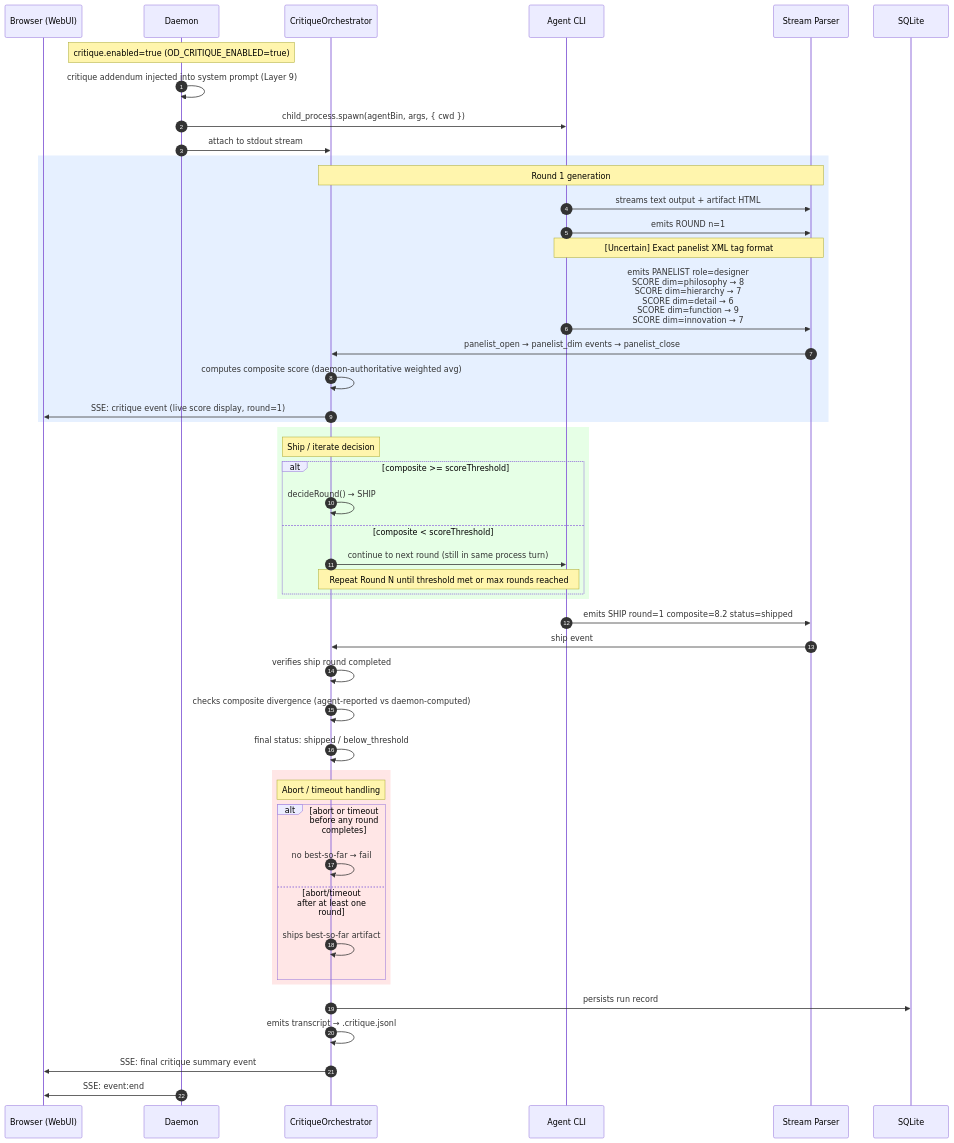
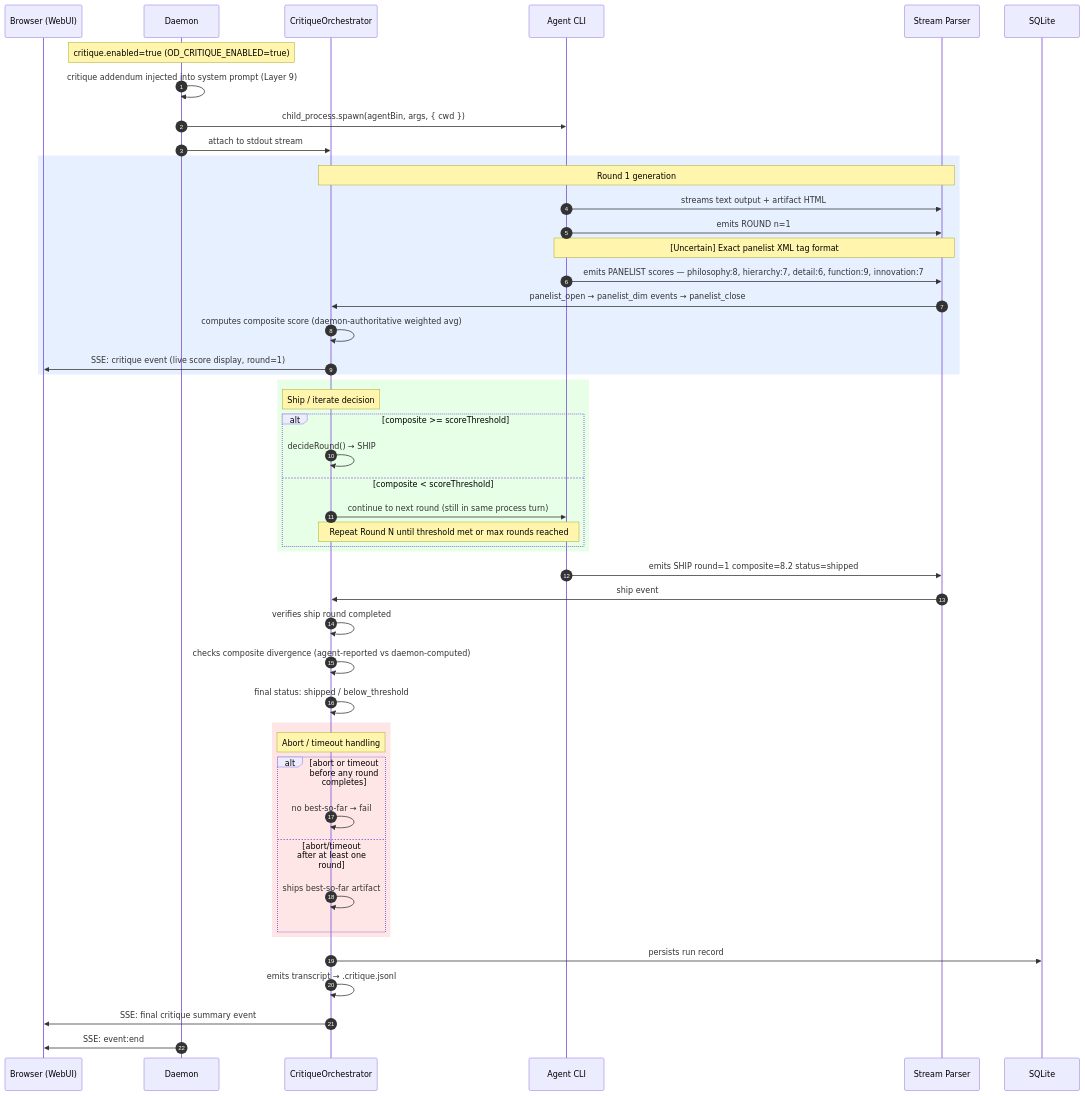
One commit to MinhTuan2405/opendesign_exploration changed the diagram in backend/open-design-sd-07-critique-theater.mmd. Above: the diagram before and after it, drawn with Mermaid. The commit also changed 17 other files, not shown here.

```diff
--- a/backend/open-design-sd-07-critique-theater.mmd
+++ b/backend/open-design-sd-07-critique-theater.mmd
@@ -1,56 +1,56 @@
 sequenceDiagram
     autonumber
     participant Browser as Browser (WebUI)
     participant Daemon
     participant CritiqueOrch as CritiqueOrchestrator
     participant AgentCLI as Agent CLI
     participant Parser as Stream Parser
     participant SQLite
 
     Note over Daemon: critique.enabled=true (OD_CRITIQUE_ENABLED=true)
     Daemon->>Daemon: critique addendum injected into system prompt (Layer 9)
     Daemon->>AgentCLI: child_process.spawn(agentBin, args, { cwd })
     Daemon->>CritiqueOrch: attach to stdout stream
 
     rect rgb(230, 240, 255)
         Note over CritiqueOrch,Parser: Round 1 generation
         AgentCLI->>Parser: streams text output + artifact HTML
         AgentCLI->>Parser: emits ROUND n=1
 
         Note over AgentCLI,Parser: [Uncertain] Exact panelist XML tag format
-        AgentCLI->>Parser: emits PANELIST role=designer<br/>  SCORE dim=philosophy → 8<br/>  SCORE dim=hierarchy → 7<br/>  SCORE dim=detail → 6<br/>  SCORE dim=function → 9<br/>  SCORE dim=innovation → 7
+        AgentCLI->>Parser: emits PANELIST scores — philosophy:8, hierarchy:7, detail:6, function:9, innovation:7
 
         Parser->>CritiqueOrch: panelist_open → panelist_dim events → panelist_close
         CritiqueOrch->>CritiqueOrch: computes composite score (daemon-authoritative weighted avg)
         CritiqueOrch->>Browser: SSE: critique event (live score display, round=1)
     end
 
     rect rgb(230, 255, 230)
         Note over CritiqueOrch: Ship / iterate decision
         alt composite >= scoreThreshold
             CritiqueOrch->>CritiqueOrch: decideRound() → SHIP
         else composite < scoreThreshold
             CritiqueOrch->>AgentCLI: continue to next round (still in same process turn)
             Note over AgentCLI,CritiqueOrch: Repeat Round N until threshold met or max rounds reached
         end
     end
 
     AgentCLI->>Parser: emits SHIP round=1 composite=8.2 status=shipped
     Parser->>CritiqueOrch: ship event
     CritiqueOrch->>CritiqueOrch: verifies ship round completed
     CritiqueOrch->>CritiqueOrch: checks composite divergence (agent-reported vs daemon-computed)
     CritiqueOrch->>CritiqueOrch: final status: shipped / below_threshold
 
     rect rgb(255, 230, 230)
         Note over CritiqueOrch: Abort / timeout handling
         alt abort or timeout before any round completes
             CritiqueOrch->>CritiqueOrch: no best-so-far → fail
         else abort/timeout after at least one round
             CritiqueOrch->>CritiqueOrch: ships best-so-far artifact
         end
     end
 
     CritiqueOrch->>SQLite: persists run record
     CritiqueOrch->>CritiqueOrch: emits transcript → .critique.jsonl
     CritiqueOrch->>Browser: SSE: final critique summary event
     Daemon->>Browser: SSE: event:end
```
